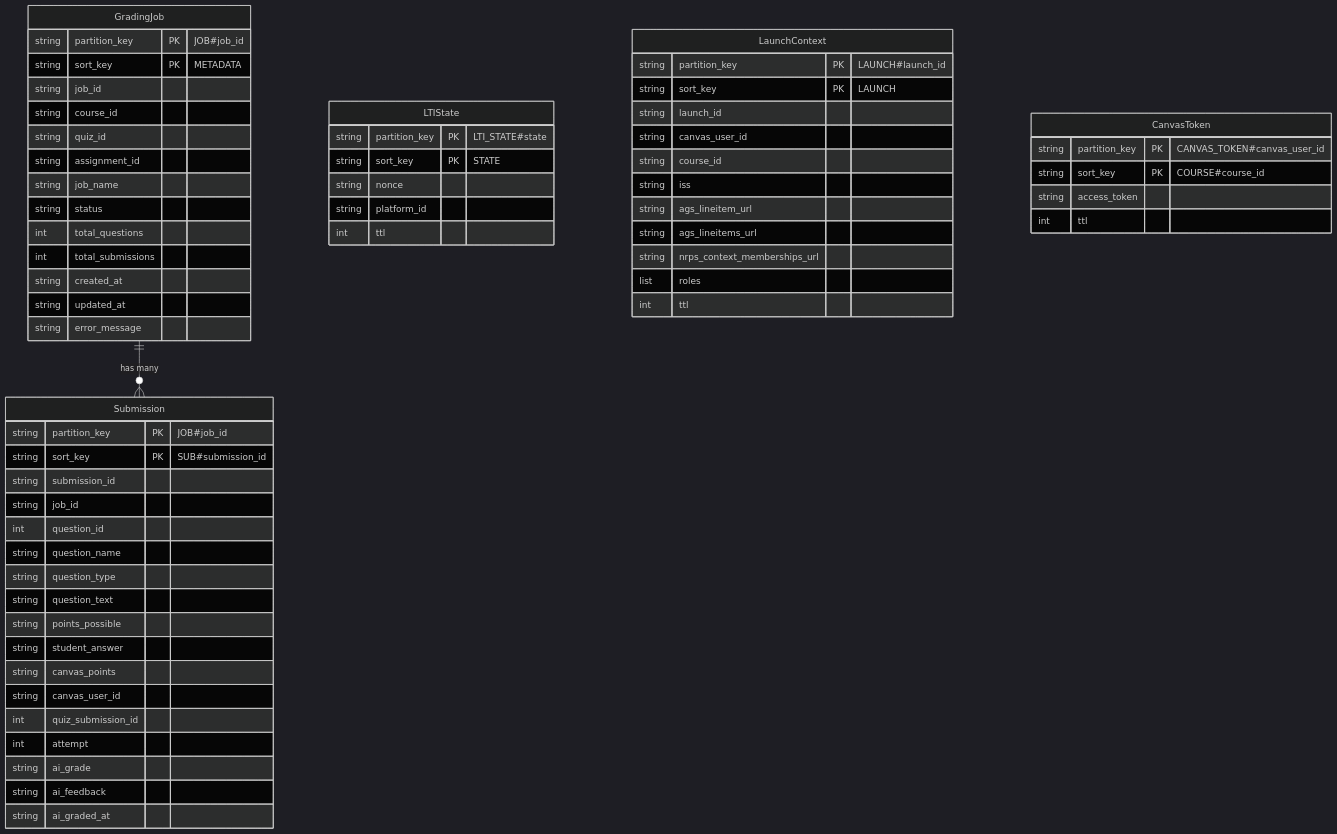
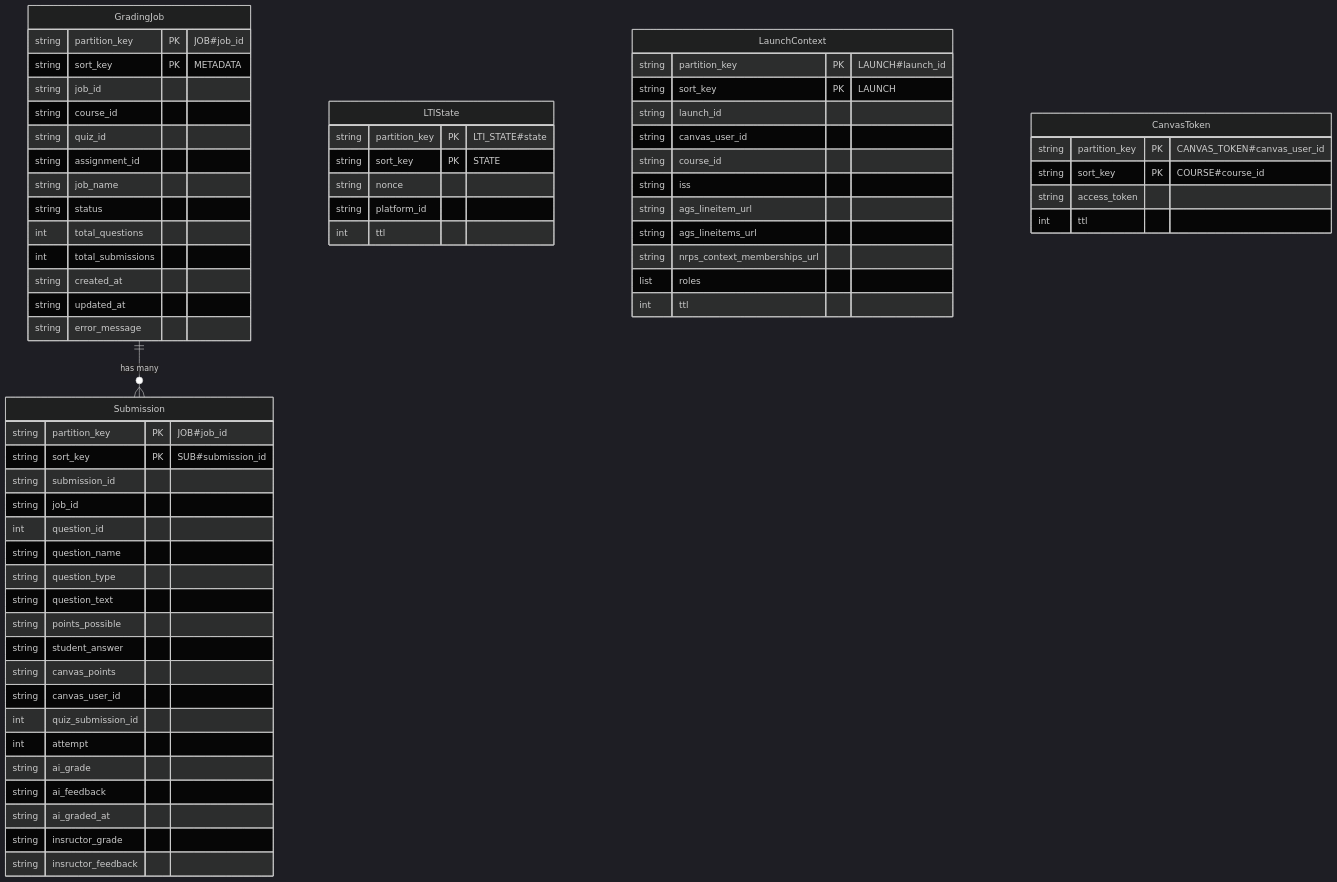
The diagram in docs/data-models/index.md (UBCForestryTLS/grading-helper-service), drawn with Mermaid (dark theme) before and after one commit. The commit also changed other lines of this file and 1 other file, not shown here.

````diff
--- a/docs/data-models/index.md
+++ b/docs/data-models/index.md
@@ -9,69 +9,71 @@
 ```mermaid
 erDiagram
     GradingJob {
         string partition_key PK "JOB#job_id"
         string sort_key PK "METADATA"
         string job_id
         string course_id
         string quiz_id
         string assignment_id
         string job_name
         string status
         int total_questions
         int total_submissions
         string created_at
         string updated_at
         string error_message
     }
 
     Submission {
         string partition_key PK "JOB#job_id"
         string sort_key PK "SUB#submission_id"
         string submission_id
         string job_id
         int question_id
         string question_name
         string question_type
         string question_text
         string points_possible
         string student_answer
         string canvas_points
         string canvas_user_id
         int quiz_submission_id
         int attempt
         string ai_grade
         string ai_feedback
         string ai_graded_at
+        string insructor_grade
+        string insructor_feedback
     }
 
     LTIState {
         string partition_key PK "LTI_STATE#state"
         string sort_key PK "STATE"
         string nonce
         string platform_id
         int ttl
     }
 
     LaunchContext {
         string partition_key PK "LAUNCH#launch_id"
         string sort_key PK "LAUNCH"
         string launch_id
         string canvas_user_id
         string course_id
         string iss
         string ags_lineitem_url
         string ags_lineitems_url
         string nrps_context_memberships_url
         list roles
         int ttl
     }
 
     CanvasToken {
         string partition_key PK "CANVAS_TOKEN#canvas_user_id"
         string sort_key PK "COURSE#course_id"
         string access_token
         int ttl
     }
 
     GradingJob ||--o{ Submission : "has many"
 ```
````
